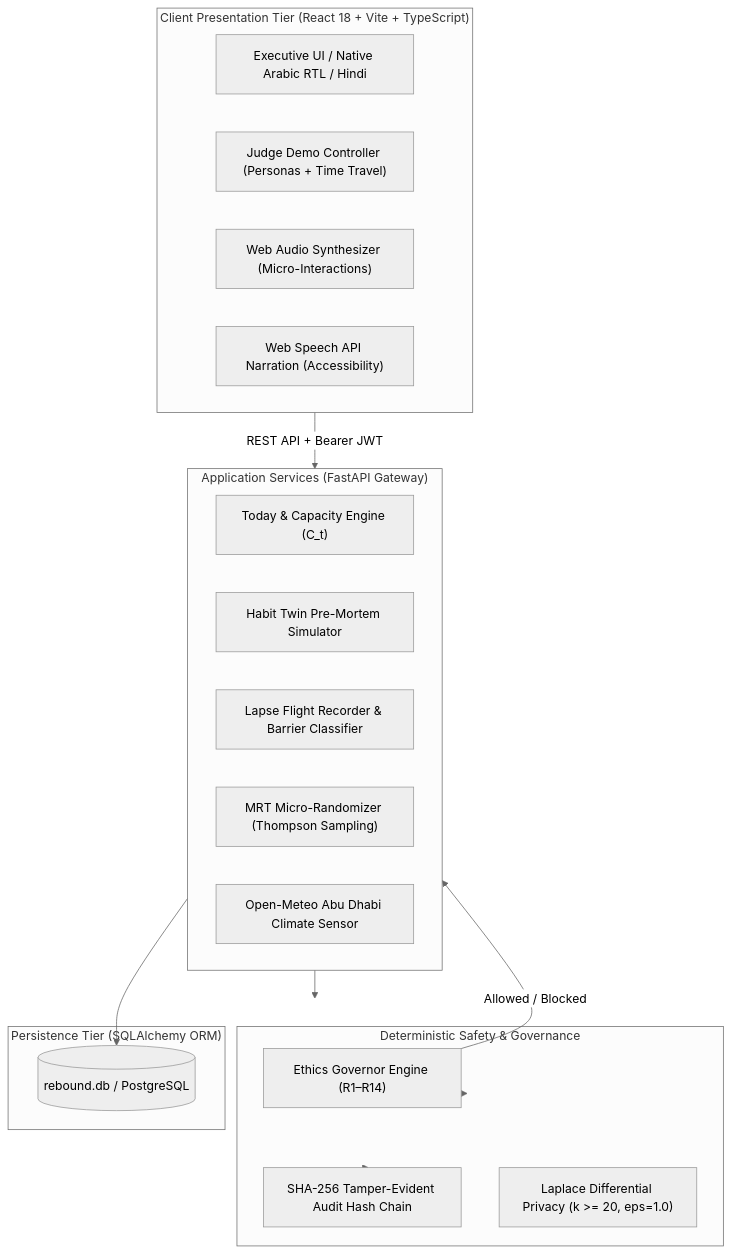
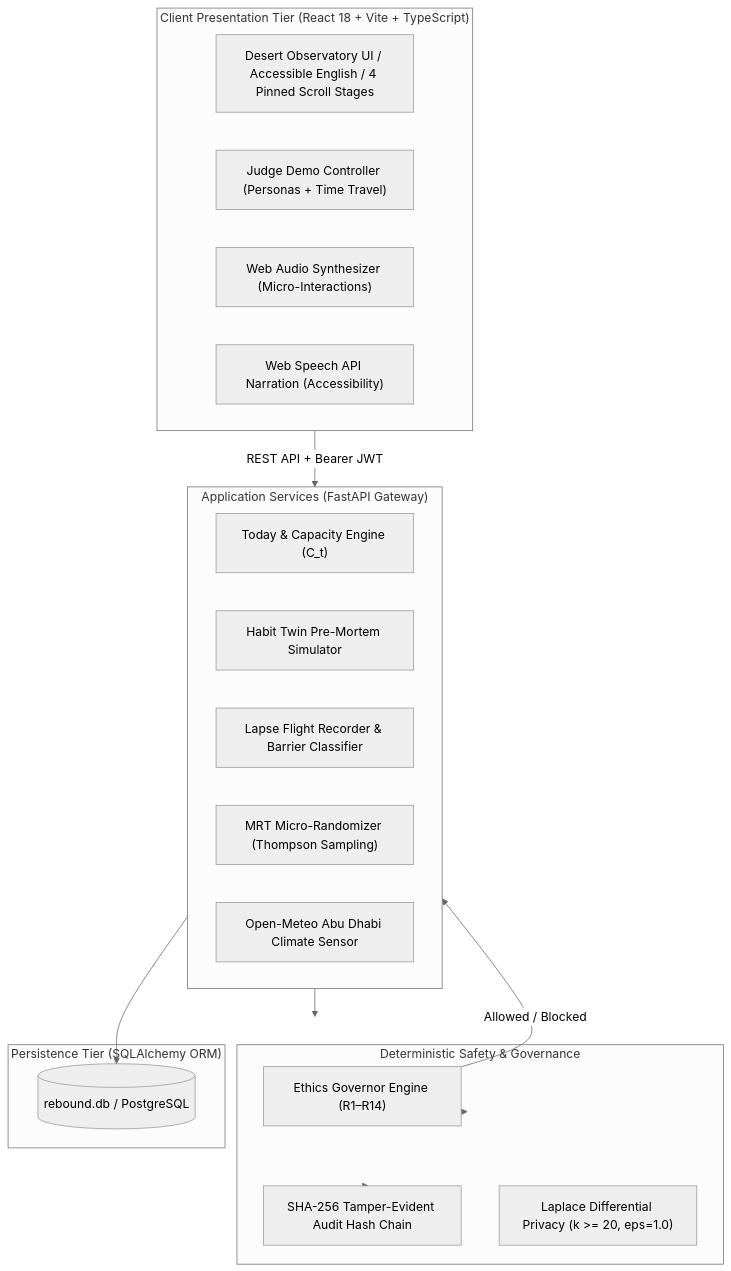
The second of 5 diagrams in README.md (Mayank-iitj/Rebound), drawn with Mermaid (neutral theme) before and after one commit. The commit also changed other lines of this file, not shown here.

Commit message:
docs(readme): add desert observatory scroll choreography section and update architecture diagrams

````diff
--- a/README.md
+++ b/README.md
@@ -61,34 +87,34 @@
 ```mermaid
 flowchart TD
     subgraph Client ["Client Presentation Tier (React 18 + Vite + TypeScript)"]
-        UI["Executive UI / Native Arabic RTL / Hindi"]
+        UI["Desert Observatory UI / Accessible English / 4 Pinned Scroll Stages"]
         Demo["Judge Demo Controller (Personas + Time Travel)"]
         Sound["Web Audio Synthesizer (Micro-Interactions)"]
         TTS["Web Speech API Narration (Accessibility)"]
     end
 
     subgraph API ["Application Services (FastAPI Gateway)"]
         TodaySvc["Today & Capacity Engine (C_t)"]
         SimEngine["Habit Twin Pre-Mortem Simulator"]
         FlightSvc["Lapse Flight Recorder & Barrier Classifier"]
         BanditSvc["MRT Micro-Randomizer (Thompson Sampling)"]
         WeatherSvc["Open-Meteo Abu Dhabi Climate Sensor"]
     end
 
     subgraph Security ["Deterministic Safety & Governance"]
         Gov["Ethics Governor Engine (R1–R14)"]
         Audit["SHA-256 Tamper-Evident Audit Hash Chain"]
         DP["Laplace Differential Privacy (k >= 20, eps=1.0)"]
     end
 
     subgraph Persistence ["Persistence Tier (SQLAlchemy ORM)"]
         DB[(rebound.db / PostgreSQL)]
     end
 
     Client -->|REST API + Bearer JWT| API
     API --> Security
     Security --> Gov
     Gov -->|Allowed / Blocked| API
     API --> DB
     Security --> Audit
 ```
````
